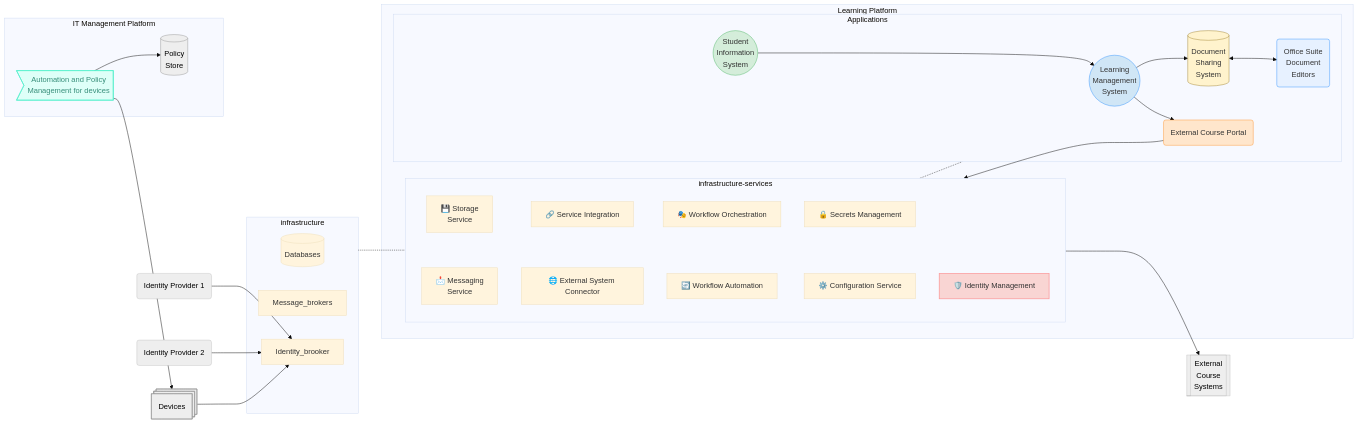
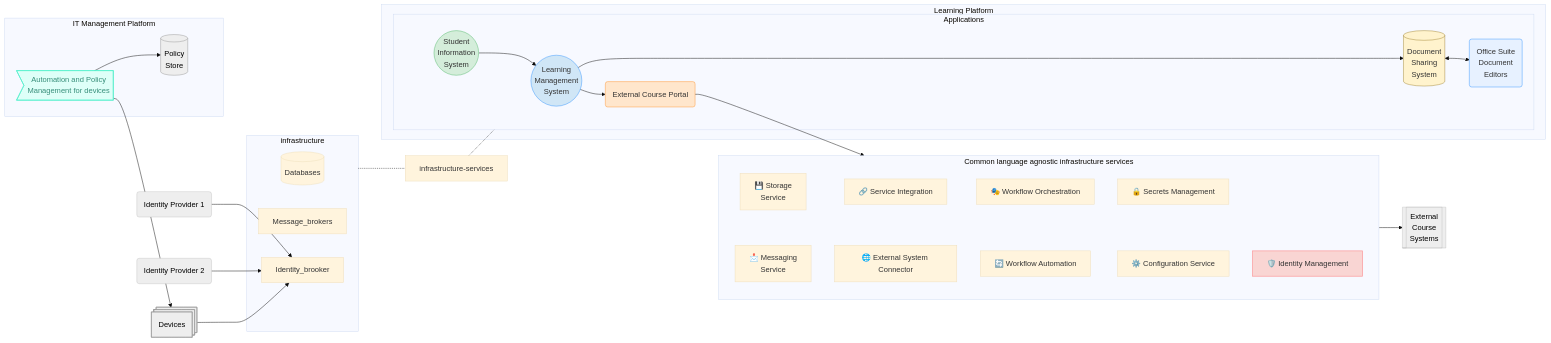
One commit to OS2sandbox/os2skole-PoC changed the diagram in docs/solution_landscape.md. Above: the diagram before and after it, drawn with Mermaid (base theme).

Commit message:
Refactor subgraph definitions in solution landscape for consistency and clarity

````diff
--- a/docs/solution_landscape.md
+++ b/docs/solution_landscape.md
@@ -3,9 +3,8 @@
 ```mermaid
 flowchart LR
 
-subgraph Learning Platform
 
- subgraph infrastructure-services
+ subgraph infra-services["Common language agnostic infrastructure services"]
     direction TB
       Storage["💾 Storage <br> Service"]~~~
       Messaging["📩 Messaging <br> Service"]
@@ -17,6 +16,8 @@
       Config["⚙️ Configuration Service"]
       ID["🛡️ Identity Management"]
  end
+
+subgraph Learning Platform
       
 
  subgraph s1["Applications"]
@@ -41,7 +42,7 @@
         n3>"Automation and Policy<br>Management for devices"]
         n4["Policy<br>Store"]
   end
-    PORT --> infrastructure-services --> EXT[["External<br>Course<br>Systems"]]
+    PORT --> infra-services --> EXT[["External<br>Course<br>Systems"]]
     LMS --> DOC & PORT
     DOC <--> ED
     SIS --> LMS
````
